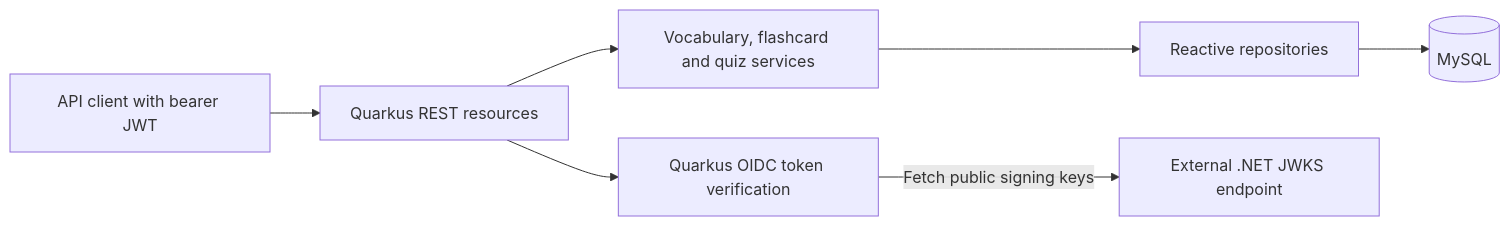
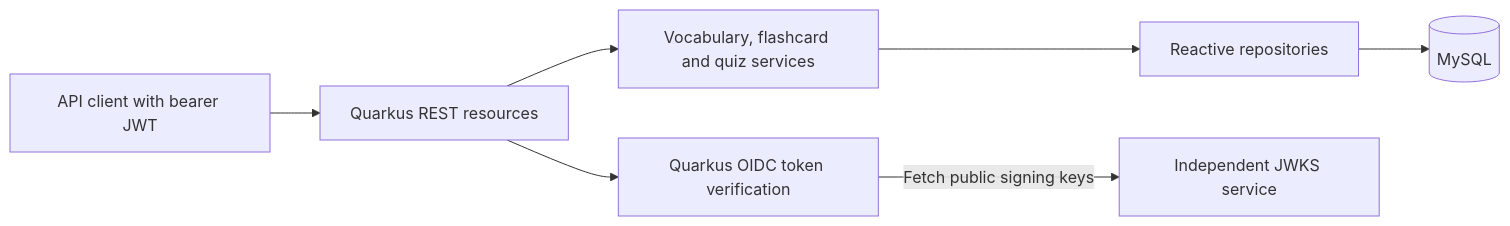
Before and after one commit to phat-dat-ag/japanese-learning-quarkus: the diagram in README.md, drawn with Mermaid. The commit also changed other lines of this file and 3 other files, not shown here.

Commit message:
refactor: verify JWTs using independent JWKS service

````diff
--- a/README.md
+++ b/README.md
@@ -39,9 +39,9 @@
 ```mermaid
 flowchart LR
     Client[API client with bearer JWT] --> REST[Quarkus REST resources]
     REST --> Services[Vocabulary, flashcard and quiz services]
     Services --> Repositories[Reactive repositories]
     Repositories --> DB[(MySQL)]
     REST --> Security[Quarkus OIDC token verification]
-    Security -->|Fetch public signing keys| Auth[External .NET JWKS endpoint]
+    Security -->|Fetch public signing keys| Auth[Independent JWKS service]
 ```
````
